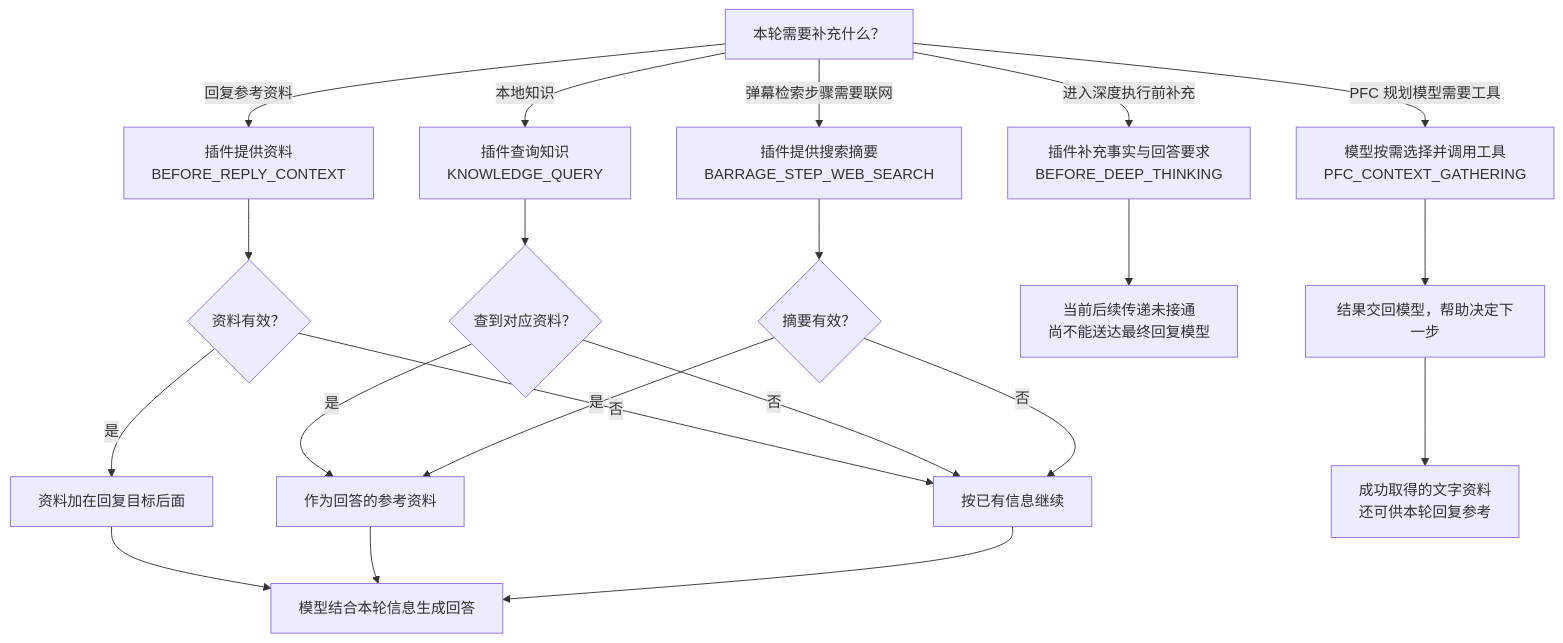
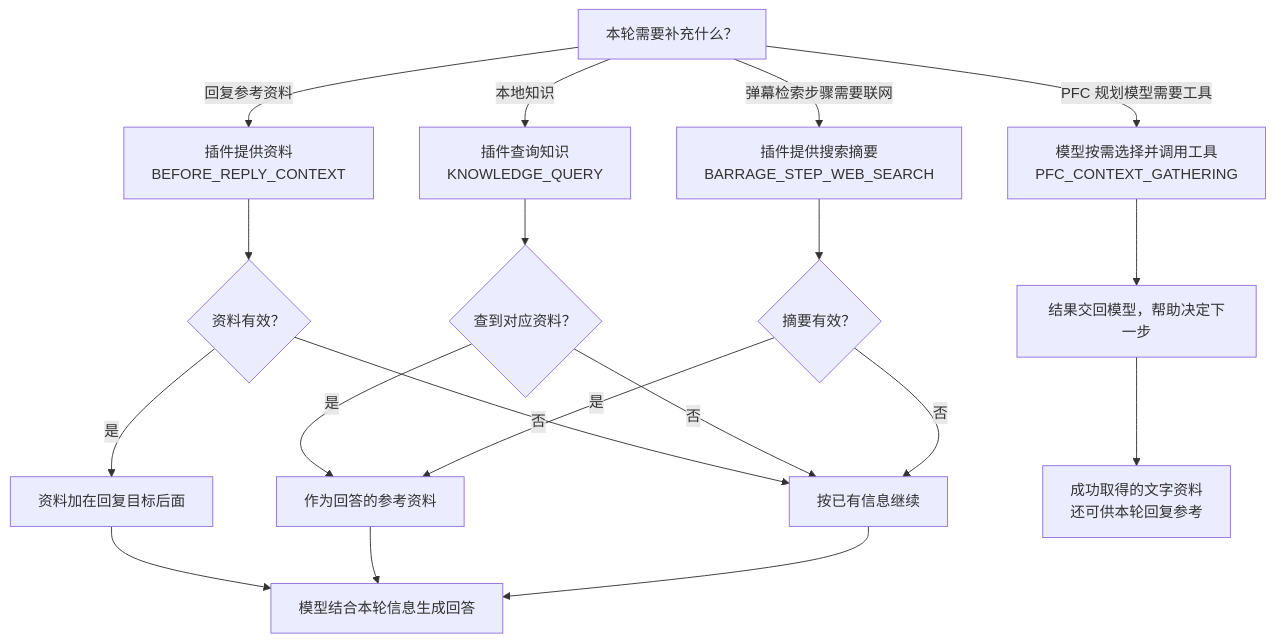
One commit to shengjiezhang1019-creator/lubi-plugin-market changed the second of 2 diagrams in docs/hook-contracts.md. Above: the diagram before and after it, drawn with Mermaid. The commit also changed other lines of this file and 2 other files, not shown here.

Commit message:
docs: remove unused deep thinking contribution hook

````diff
--- a/docs/hook-contracts.md
+++ b/docs/hook-contracts.md
@@ -43,30 +43,27 @@
 ```mermaid
 flowchart TD
     need["本轮需要补充什么？"]
     need -->|回复参考资料| context["插件提供资料<br/>BEFORE_REPLY_CONTEXT"]
     context --> contextok{"资料有效？"}
     contextok -->|是| prompt["资料加在回复目标后面"]
     contextok -->|否| original["按已有信息继续"]
     need -->|本地知识| knowledge["插件查询知识<br/>KNOWLEDGE_QUERY"]
     knowledge --> knowledgeok{"查到对应资料？"}
     knowledgeok -->|是| reference["作为回答的参考资料"]
     knowledgeok -->|否| original
     need -->|弹幕检索步骤需要联网| web["插件提供搜索摘要<br/>BARRAGE_STEP_WEB_SEARCH"]
     web --> webok{"摘要有效？"}
     webok -->|是| reference
     webok -->|否| original
     prompt --> reply["模型结合本轮信息生成回答"]
     reference --> reply
     original --> reply
-    need -->|进入深度执行前补充| deep["插件补充事实与回答要求<br/>BEFORE_DEEP_THINKING"]
-    deep --> gap["当前后续传递未接通<br/>尚不能送达最终回复模型"]
     need -->|PFC 规划模型需要工具| tools["模型按需选择并调用工具<br/>PFC_CONTEXT_GATHERING"]
     tools --> result["结果交回模型，帮助决定下一步"]
     result --> reuse["成功取得的文字资料<br/>还可供本轮回复参考"]
 
     click context "https://github.com/shengjiezhang1019-creator/lubi-plugin-market/blob/main/docs/hook-contracts.md#before_reply_context" "查看回复资料说明"
     click knowledge "https://github.com/shengjiezhang1019-creator/lubi-plugin-market/blob/main/docs/hook-contracts.md#knowledge_query" "查看知识查询说明"
     click web "https://github.com/shengjiezhang1019-creator/lubi-plugin-market/blob/main/docs/hook-contracts.md#barrage_step_web_search" "查看联网摘要说明"
-    click deep "https://github.com/shengjiezhang1019-creator/lubi-plugin-market/blob/main/docs/hook-contracts.md#before_deep_thinking" "查看思考贡献说明"
     click tools "https://github.com/shengjiezhang1019-creator/lubi-plugin-market/blob/main/docs/hook-contracts.md#pfc_context_gathering" "查看模型工具说明"
 ```
````
